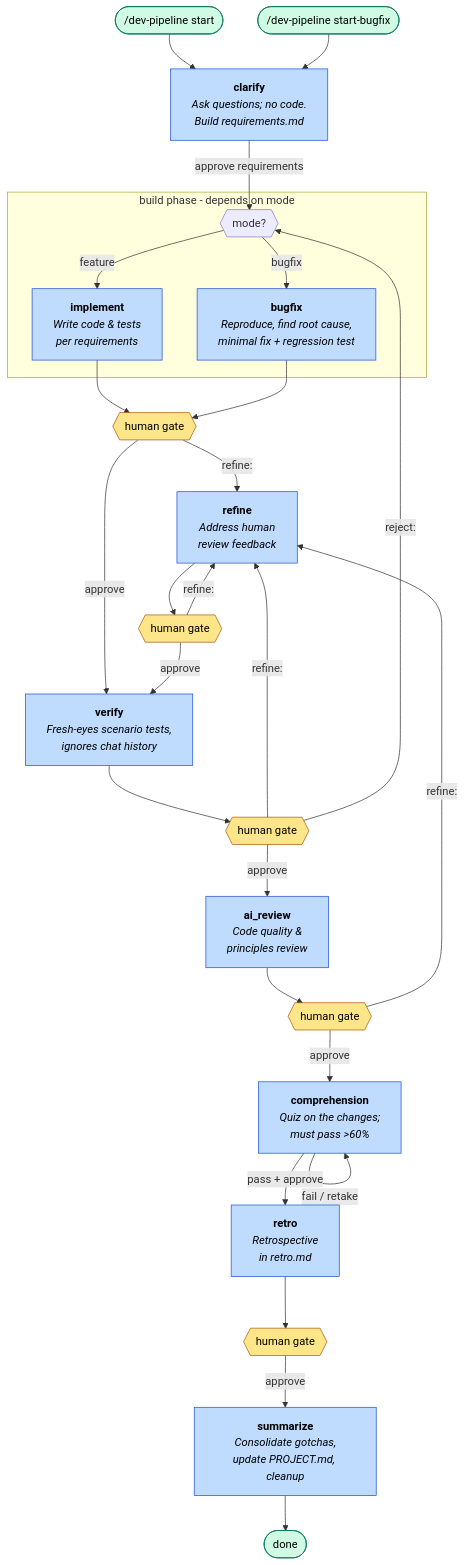
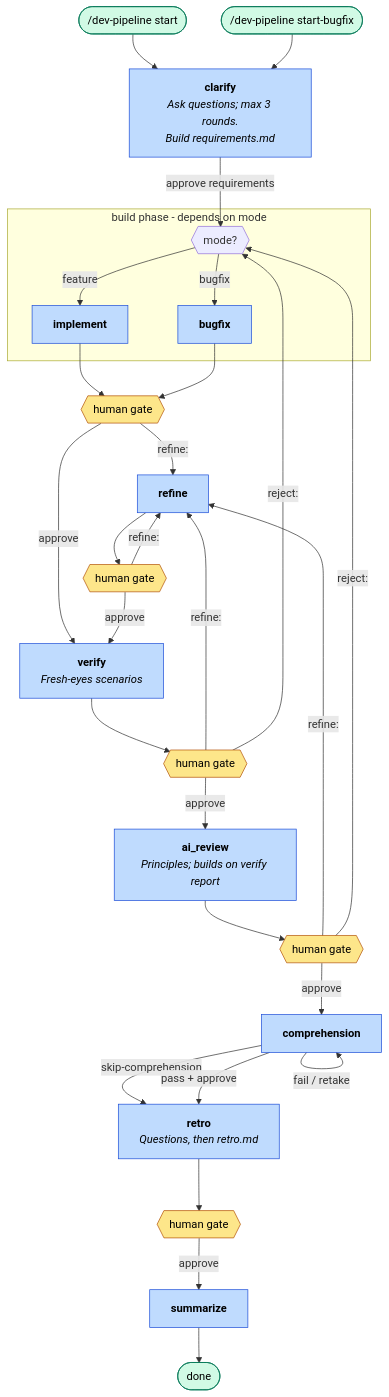
One commit to D-Andreev/ai-workflow changed the second of 2 diagrams in README.md. Above: the diagram before and after it, drawn with Mermaid. The commit also changed other lines of this file and 18 other files, not shown here.

````diff
--- a/README.md
+++ b/README.md
@@ -64,48 +84,50 @@
 ```mermaid
 flowchart TD
     start([/dev-pipeline start]) --> clarify
     startbug([/dev-pipeline start-bugfix]) --> clarify
 
-    clarify["<b>clarify</b><br/><i>Ask questions; no code.<br/>Build requirements.md</i>"]
+    clarify["<b>clarify</b><br/><i>Ask questions; max 3 rounds.<br/>Build requirements.md</i>"]
     clarify -->|approve requirements| build
 
     subgraph build_phase [build phase - depends on mode]
         build{{mode?}}
-        build -->|feature| implement["<b>implement</b><br/><i>Write code &amp; tests<br/>per requirements</i>"]
-        build -->|bugfix| bugfix["<b>bugfix</b><br/><i>Reproduce, find root cause,<br/>minimal fix + regression test</i>"]
+        build -->|feature| implement["<b>implement</b>"]
+        build -->|bugfix| bugfix["<b>bugfix</b>"]
     end
 
     implement --> gate1
     bugfix --> gate1
     gate1{{human gate}}
     gate1 -->|refine:| refine
-    refine["<b>refine</b><br/><i>Address human<br/>review feedback</i>"]
+    refine["<b>refine</b>"]
     refine --> gate1r{{human gate}}
     gate1r -->|refine:| refine
     gate1 -->|approve| verify
     gate1r -->|approve| verify
 
-    verify["<b>verify</b><br/><i>Fresh-eyes scenario tests,<br/>ignores chat history</i>"] --> gate2{{human gate}}
+    verify["<b>verify</b><br/><i>Fresh-eyes scenarios</i>"] --> gate2{{human gate}}
     gate2 -->|refine:| refine
     gate2 -->|reject:| build
     gate2 -->|approve| ai_review
 
-    ai_review["<b>ai_review</b><br/><i>Code quality &amp;<br/>principles review</i>"] --> gate3{{human gate}}
+    ai_review["<b>ai_review</b><br/><i>Principles; builds on verify report</i>"] --> gate3{{human gate}}
     gate3 -->|refine:| refine
+    gate3 -->|reject:| build
     gate3 -->|approve| comprehension
 
-    comprehension["<b>comprehension</b><br/><i>Quiz on the changes;<br/>must pass >60%</i>"] -->|fail / retake| comprehension
+    comprehension["<b>comprehension</b>"] -->|fail / retake| comprehension
+    comprehension -->|skip-comprehension| retro
     comprehension -->|pass + approve| retro
 
-    retro["<b>retro</b><br/><i>Retrospective<br/>in retro.md</i>"] --> gate4{{human gate}}
+    retro["<b>retro</b><br/><i>Questions, then retro.md</i>"] --> gate4{{human gate}}
     gate4 -->|approve| summarize
 
-    summarize["<b>summarize</b><br/><i>Consolidate gotchas,<br/>update PROJECT.md, cleanup</i>"] --> done([done])
+    summarize["<b>summarize</b>"] --> done([done])
 
     classDef human fill:#fde68a,stroke:#b45309,color:#000;
     classDef ai fill:#bfdbfe,stroke:#1d4ed8,color:#000;
     classDef terminal fill:#d1fae5,stroke:#047857,color:#000;
     class gate1,gate1r,gate2,gate3,gate4 human;
     class clarify,implement,bugfix,refine,verify,ai_review,comprehension,retro,summarize ai;
     class start,startbug,done terminal;
 ```
````
